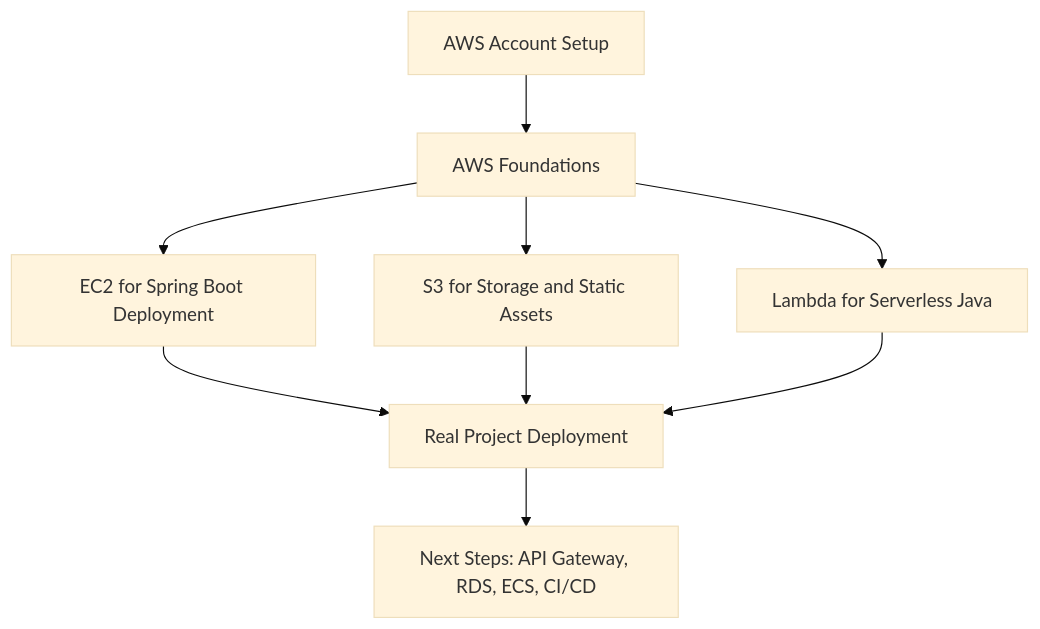
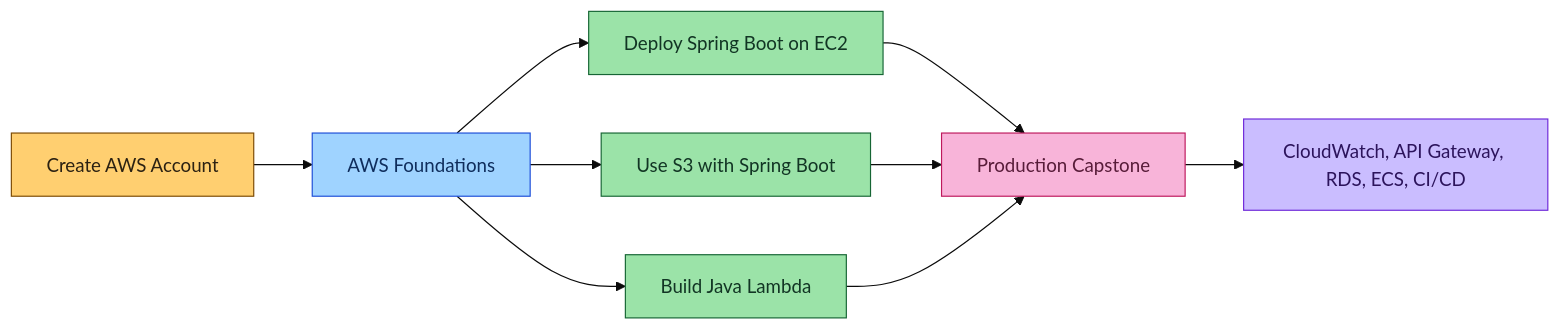
One commit to niteshjaitwar/aws-for-java-spring-boot-developers changed the diagram in README.md. Above: the diagram before and after it, drawn with Mermaid (base theme). The commit also changed other lines of this file and 9 other files, not shown here.

Commit message:
Polish README and add production learning assets

````diff
--- a/README.md
+++ b/README.md
@@ -78,11 +77,25 @@
 ```mermaid
-flowchart TD
-    A[AWS Account Setup] --> B[AWS Foundations]
-    B --> C[EC2 for Spring Boot Deployment]
-    B --> D[S3 for Storage and Static Assets]
-    B --> E[Lambda for Serverless Java]
-    C --> F[Real Project Deployment]
+flowchart LR
+    A[Create AWS Account] --> B[AWS Foundations]
+    B --> C[Deploy Spring Boot on EC2]
+    B --> D[Use S3 with Spring Boot]
+    B --> E[Build Java Lambda]
+    C --> F[Production Capstone]
     D --> F
     E --> F
-    F --> G[Next Steps: API Gateway, RDS, ECS, CI/CD]
+    F --> G[CloudWatch, API Gateway, RDS, ECS, CI/CD]
+
+    classDef warm fill:#ffcf70,stroke:#7c4a03,color:#2b2112;
+    classDef green fill:#9be3a8,stroke:#166534,color:#123524;
+    classDef blue fill:#9fd3ff,stroke:#1d4ed8,color:#0f2d5c;
+    classDef pink fill:#f8b4d9,stroke:#be185d,color:#581c39;
+    classDef purple fill:#cabdff,stroke:#6d28d9,color:#2c145c;
+
+    class A warm;
+    class B blue;
+    class C green;
+    class D green;
+    class E green;
+    class F pink;
+    class G purple;
 ```
````
